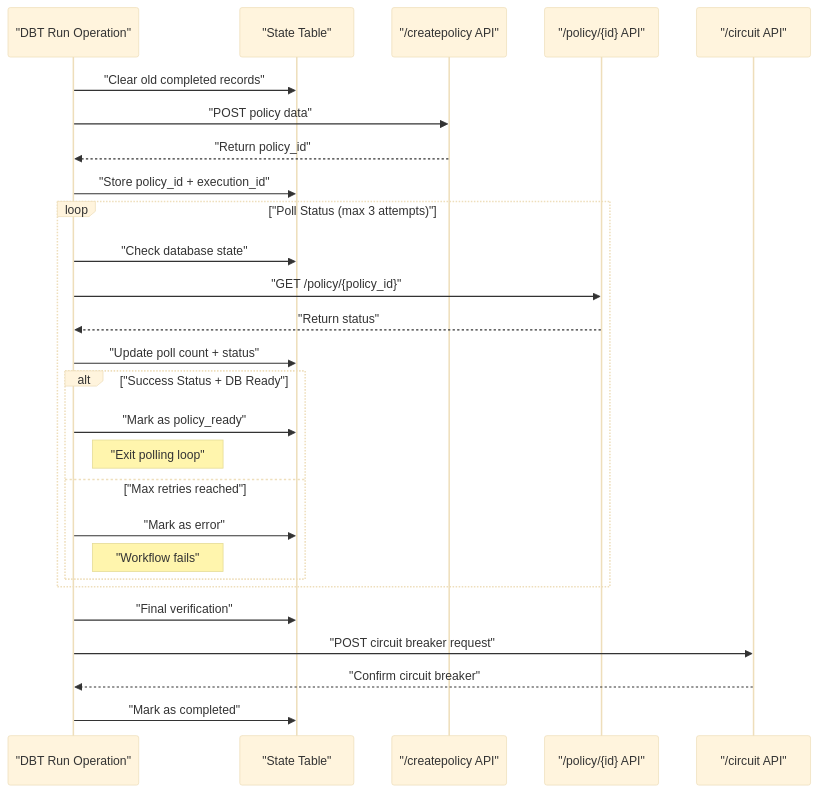
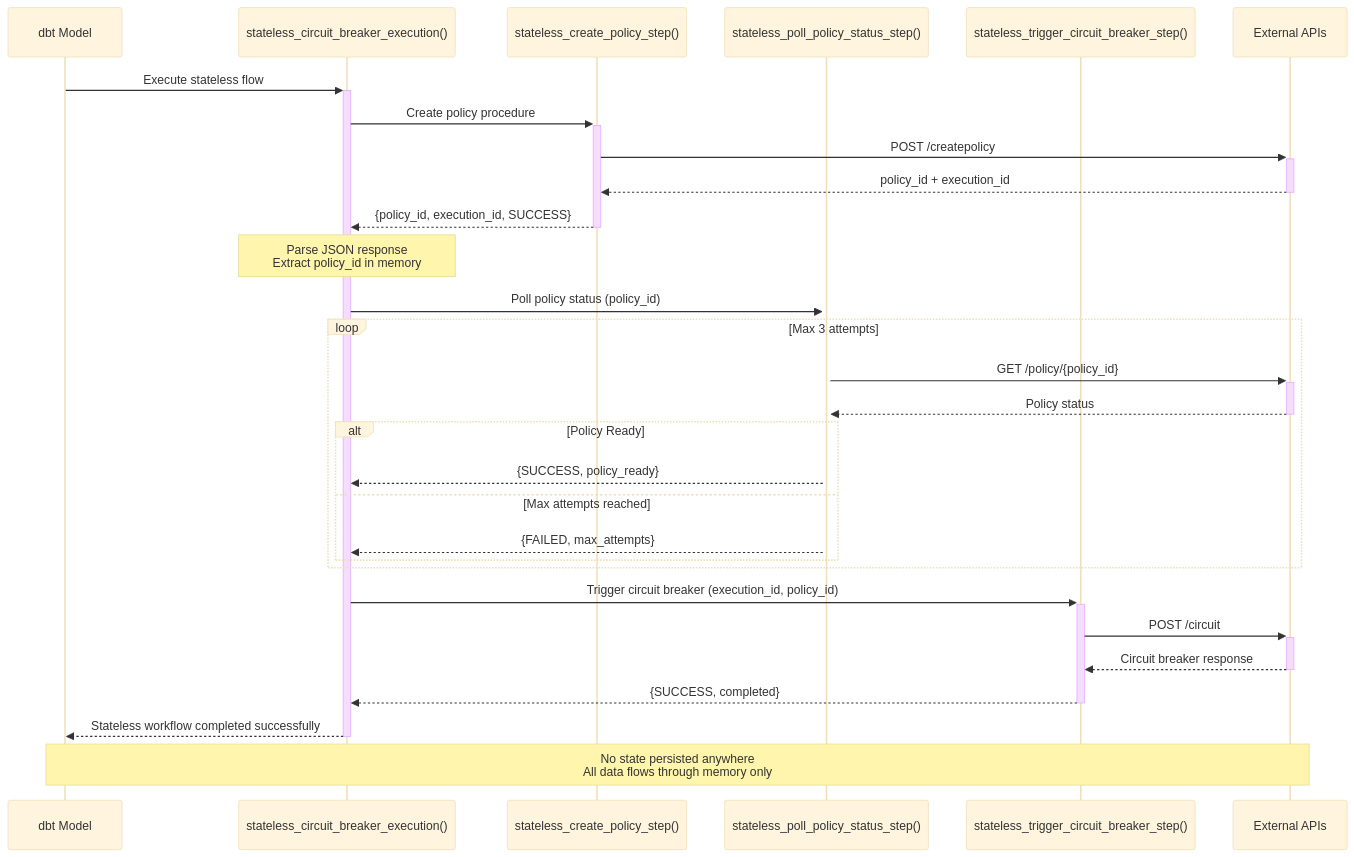
Before and after one commit to ankur-acceldata/dbt-snowflake-circuit-breaker: the second of 2 diagrams in README.md, drawn with Mermaid (base theme). The commit also changed other lines of this file and 23 other files, not shown here.

````diff
--- a/README.md
+++ b/README.md
@@ -76,32 +151,38 @@
 ```mermaid
 sequenceDiagram
-    participant DBT as "DBT Run Operation"
-    participant State as "State Table"
-    participant CreateAPI as "/createpolicy API"
-    participant StatusAPI as "/policy/{id} API"
-    participant CircuitAPI as "/circuit API"
-
-    DBT->>State: "Clear old completed records"
-    DBT->>CreateAPI: "POST policy data"
-    CreateAPI-->>DBT: "Return policy_id"
-    DBT->>State: "Store policy_id + execution_id"
+    participant DBT as dbt Model
+    participant Macro as stateless_circuit_breaker_execution()
+    participant SP1 as stateless_create_policy_step()
+    participant SP2 as stateless_poll_policy_status_step()
+    participant SP3 as stateless_trigger_circuit_breaker_step()
+    participant API as External APIs
     
-    loop "Poll Status (max 3 attempts)"
-        DBT->>State: "Check database state"
-        DBT->>StatusAPI: "GET /policy/{policy_id}"
-        StatusAPI-->>DBT: "Return status"
-        DBT->>State: "Update poll count + status"
-        alt "Success Status + DB Ready"
-            DBT->>State: "Mark as policy_ready"
-            Note right of DBT: "Exit polling loop"
-        else "Max retries reached"
-            DBT->>State: "Mark as error"
-            Note right of DBT: "Workflow fails"
+    DBT->>+Macro: Execute stateless flow
+    Macro->>+SP1: Create policy procedure
+    SP1->>+API: POST /createpolicy
+    API-->>-SP1: policy_id + execution_id
+    SP1-->>-Macro: {policy_id, execution_id, SUCCESS}
+    
+    Note over Macro: Parse JSON response<br/>Extract policy_id in memory
+    
+    Macro->>+SP2: Poll policy status (policy_id)
+    
+    loop Max 3 attempts
+        SP2->>+API: GET /policy/{policy_id}
+        API-->>-SP2: Policy status
+        alt Policy Ready
+            SP2-->>Macro: {SUCCESS, policy_ready}
+        else Max attempts reached
+            SP2-->>Macro: {FAILED, max_attempts}
         end
     end
     
-    DBT->>State: "Final verification"
-    DBT->>CircuitAPI: "POST circuit breaker request"
-    CircuitAPI-->>DBT: "Confirm circuit breaker"
-    DBT->>State: "Mark as completed"
+    Macro->>+SP3: Trigger circuit breaker (execution_id, policy_id)
+    SP3->>+API: POST /circuit
+    API-->>-SP3: Circuit breaker response
+    SP3-->>-Macro: {SUCCESS, completed}
+    
+    Macro-->>-DBT: Stateless workflow completed successfully
+    
+    Note over DBT,API: No state persisted anywhere<br/>All data flows through memory only
 ```
````
